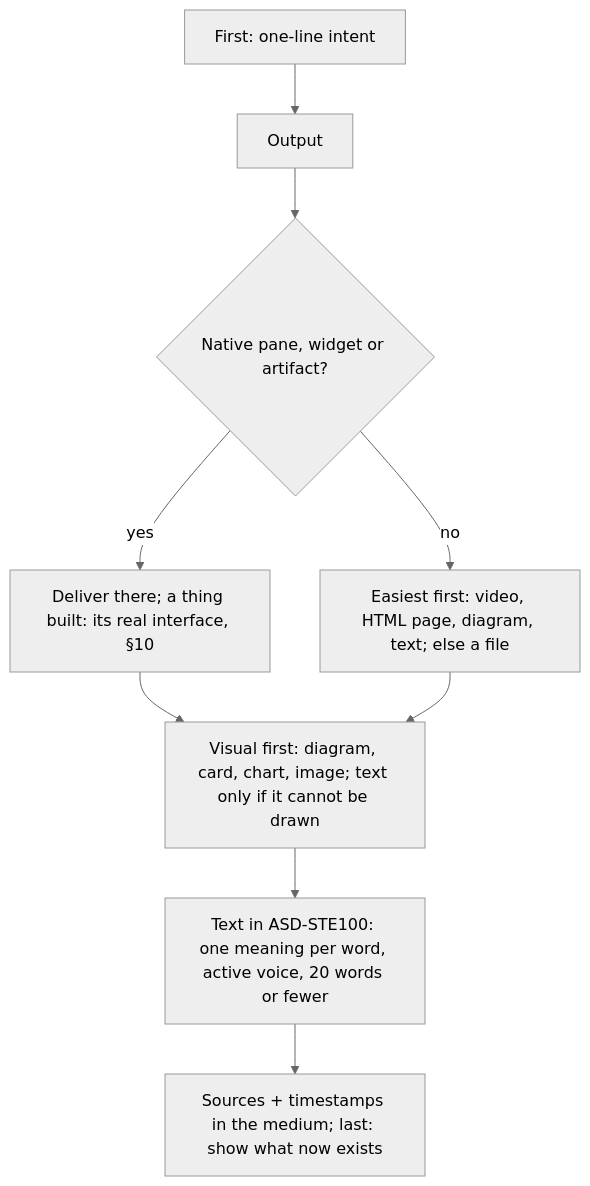
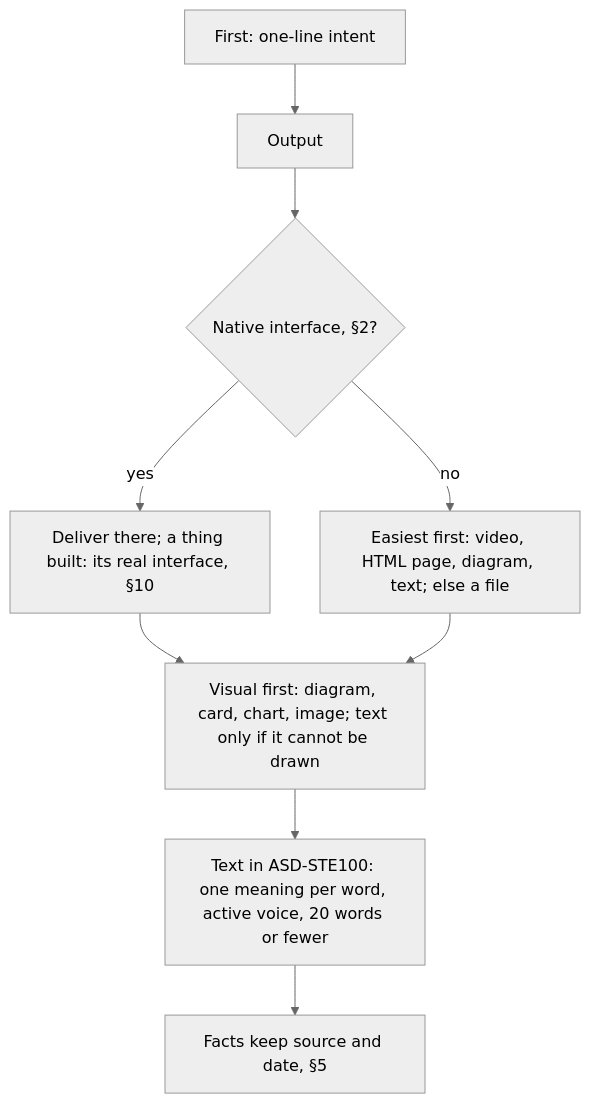
Diagram 12 of 14 in AGENTS.md (SolenixAI/arbiter), drawn with Mermaid (neutral theme) before and after one commit. The commit also changed other lines of this file, not shown here.

First line of the commit message:
refactor(agents): one owner per concept, no repeats across sections (#14)

````diff
--- a/AGENTS.md
+++ b/AGENTS.md
@@ -503,10 +498,10 @@
 ```mermaid
 flowchart TD
-  IL[First: one-line intent] --> O[Output] --> N{Native pane, widget or artifact?}
+  IL[First: one-line intent] --> O[Output] --> N{Native interface, §2?}
   N -->|yes| V["Deliver there; a thing built: its real interface, §10"]
   N -->|no| F["Easiest first: video, HTML page, diagram, text; else a file"]
   V --> VF["Visual first: diagram, card, chart, image; text only if it cannot be drawn"]
   F --> VF
   VF --> T[Text in ASD-STE100: one meaning per word, active voice, 20 words or fewer]
-  T --> E["Sources + timestamps in the medium; last: show what now exists"]
+  T --> E["Facts keep source and date, §5"]
 ```
````
